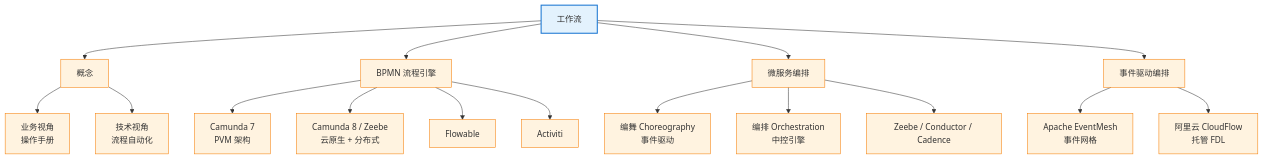
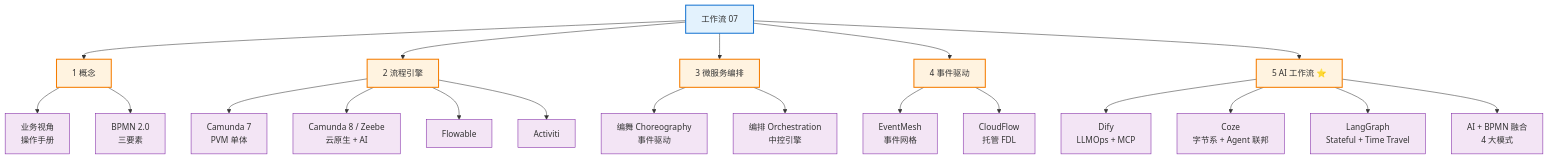
The diagram in note/07.workflow/README.md (wb04307201/wb04307201), drawn with Mermaid before and after one commit. The commit also changed other lines of this file, not shown here.

````diff
--- a/note/07.workflow/README.md
+++ b/note/07.workflow/README.md
@@ -34,29 +39,36 @@
 ```mermaid
 graph TB
-    W[工作流]
+    W[工作流 07]
 
-    W --> C[概念]
-    W --> E[BPMN 流程引擎]
-    W --> O[微服务编排]
-    W --> I[事件驱动编排]
+    W --> C[1 概念]
+    W --> E[2 流程引擎]
+    W --> O[3 微服务编排]
+    W --> I[4 事件驱动]
+    W --> A[5 AI 工作流 ⭐]
 
     C --> C1[业务视角<br/>操作手册]
-    C --> C2[技术视角<br/>流程自动化]
+    C --> C2[BPMN 2.0<br/>三要素]
 
-    E --> E1[Camunda 7<br/>PVM 架构]
-    E --> E2[Camunda 8 / Zeebe<br/>云原生 + 分布式]
+    E --> E1[Camunda 7<br/>PVM 单体]
+    E --> E2[Camunda 8 / Zeebe<br/>云原生 + AI]
     E --> E3[Flowable]
     E --> E4[Activiti]
 
     O --> O1[编舞 Choreography<br/>事件驱动]
     O --> O2[编排 Orchestration<br/>中控引擎]
-    O --> O3[Zeebe / Conductor / Cadence]
 
-    I --> I1[Apache EventMesh<br/>事件网格]
-    I --> I2[阿里云 CloudFlow<br/>托管 FDL]
+    I --> I1[EventMesh<br/>事件网格]
+    I --> I2[CloudFlow<br/>托管 FDL]
+
+    A --> A1[Dify<br/>LLMOps + MCP]
+    A --> A2[Coze<br/>字节系 + Agent 联邦]
+    A --> A3[LangGraph<br/>Stateful + Time Travel]
+    A --> A4[AI + BPMN 融合<br/>4 大模式]
 
     classDef root fill:#e3f2fd,stroke:#1976d2,stroke-width:2px
-    classDef leaf fill:#fff3e0,stroke:#f57c00
+    classDef main fill:#fff3e0,stroke:#f57c00,stroke-width:2px
+    classDef leaf fill:#f3e5f5,stroke:#7b1fa2
     class W root
-    class C,E,O,I,C1,C2,E1,E2,E3,E4,O1,O2,O3,I1,I2 leaf
+    class C,E,O,I,A main
+    class C1,C2,E1,E2,E3,E4,O1,O2,I1,I2,A1,A2,A3,A4 leaf
 ```
````
